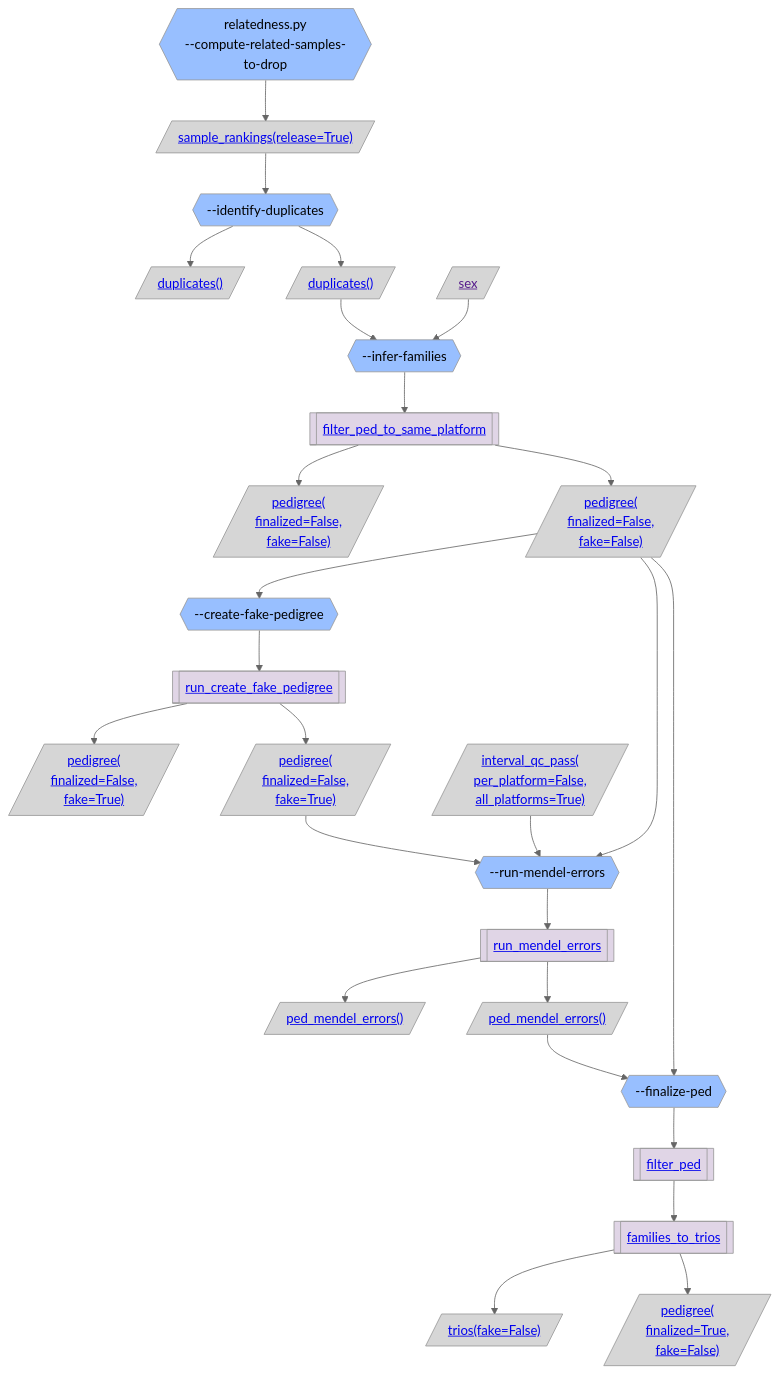
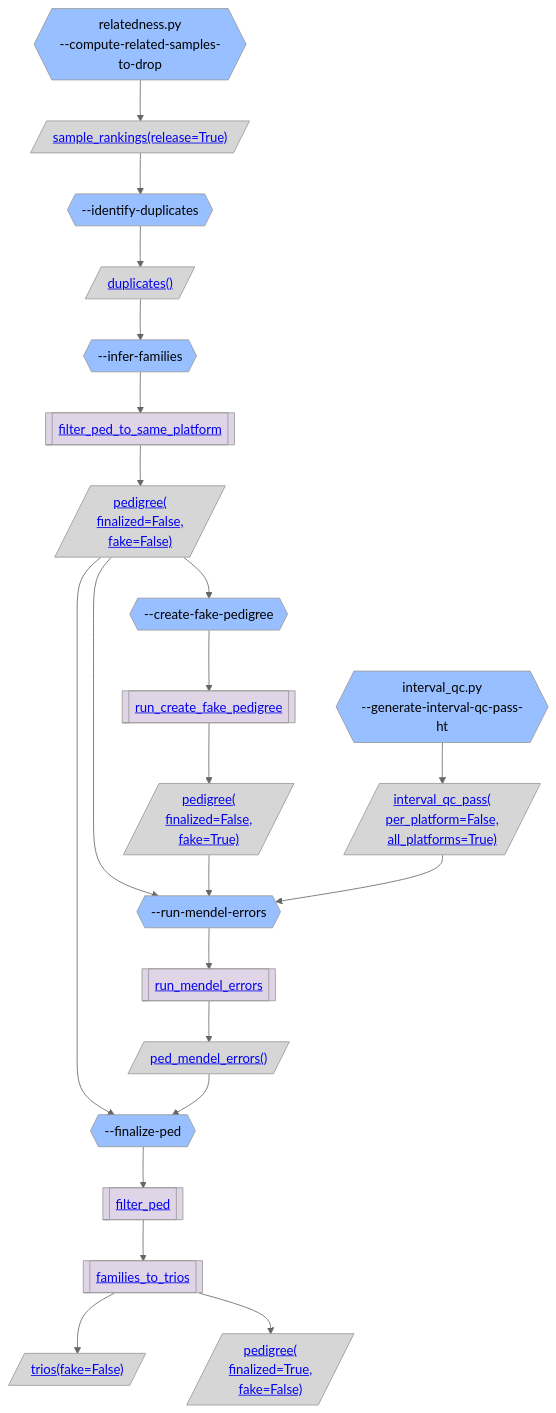
One commit to broadinstitute/gnomad_qc changed diagram 11 of 11 in gnomad_qc/v4/sample_qc/README.md. Above: the diagram before and after it, drawn with Mermaid (neutral theme). The commit also changed other lines of this file and 13 other files, not shown here.

Commit message:
Add Pipeline resources for all that are missing

````diff
--- a/gnomad_qc/v4/sample_qc/README.md
+++ b/gnomad_qc/v4/sample_qc/README.md
@@ -410,73 +853,62 @@
 ```mermaid
 flowchart TB;
   classDef script_color fill:#2C5D4A,color:#000000
   classDef step_color fill:#98BFFF,color:#000000
   classDef func_color fill:#E0D5E6,color:#000000
   classDef gnomad_methods_color fill:#F9F2CE,color:#000000
   classDef hail_color fill:#FAEACE,color:#000000
   classDef resource_color fill:#D6D6D6,color:#000000
   classDef validity_check_color fill:#2C5D4A,color:#000000
 
   step_compute_related_samples_to_drop{{"relatedness.py
 --compute-related-samples-to-drop"}}:::step_color;
-  resource_sample_rankings_release_True[/"<a href='https://github.com/broadinstitute/gnomad_qc/tree/main/gnomad_qc/v4/resources/sample_qc.py#L547'>sample_rankings(release=True)</a>"/]:::resource_color;
+  resource_sample_rankings_release_True[/"<a href='https://github.com/broadinstitute/gnomad_qc/tree/main/gnomad_qc/v4/resources/sample_qc.py#L636'>sample_rankings(release=True)</a>"/]:::resource_color;
   step_identify_duplicates{{"--identify-duplicates"}}:::step_color;
-  duplicates_[/"<a href='https://github.com/broadinstitute/gnomad_qc/tree/main/gnomad_qc/v4/resources/sample_qc.py#L895'>duplicates()</a>"/]:::resource_color;
-  resource_duplicates_[/"<a href='https://github.com/broadinstitute/gnomad_qc/tree/main/gnomad_qc/v4/resources/sample_qc.py#L895'>duplicates()</a>"/]:::resource_color;
+  resource_duplicates[/"<a href='https://github.com/broadinstitute/gnomad_qc/tree/main/gnomad_qc/v4/resources/sample_qc.py#L984'>duplicates()</a>"/]:::resource_color;
   step_infer_families{{"--infer-families"}}:::step_color;
   func_filter_ped_to_same_platform[["<a href='https://github.com/broadinstitute/gnomad_qc/tree/main/gnomad_qc/v4/sample_qc/identify_trios.py#L188'>filter_ped_to_same_platform</a>"]]:::func_color;
-  pedigree_finalized_False_fake_False[/"<a href='https://github.com/broadinstitute/gnomad_qc/tree/main/gnomad_qc/v4/resources/sample_qc.py#L913'>pedigree(
-finalized=False,
-fake=False)</a>"/]:::resource_color;
-  resource_sex[/"<a href=''>sex</a>"/]:::resource_color;
-  resource_pedigree_finalized_False_fake_False[/"<a href='https://github.com/broadinstitute/gnomad_qc/tree/main/gnomad_qc/v4/resources/sample_qc.py#L913'>pedigree(
+  resource_pedigree_finalized_False_fake_False[/"<a href='https://github.com/broadinstitute/gnomad_qc/tree/main/gnomad_qc/v4/resources/sample_qc.py#L1002'>pedigree(
 finalized=False,
 fake=False)</a>"/]:::resource_color;
   step_create_fake_pedigree{{"--create-fake-pedigree"}}:::step_color;
   func_run_create_fake_pedigree[["<a href='https://github.com/broadinstitute/gnomad_qc/tree/main/gnomad_qc/v4/sample_qc/identify_trios.py#L105'>run_create_fake_pedigree</a>"]]:::func_color;
-  pedigree_finalized_False_fake_True[/"<a href='https://github.com/broadinstitute/gnomad_qc/tree/main/gnomad_qc/v4/resources/sample_qc.py#L913'>pedigree(
+  resource_pedigree_finalized_False_fake_True[/"<a href='https://github.com/broadinstitute/gnomad_qc/tree/main/gnomad_qc/v4/resources/sample_qc.py#L1002'>pedigree(
 finalized=False,
 fake=True)</a>"/]:::resource_color;
   step_run_mendel_errors{{"--run-mendel-errors"}}:::step_color;
   func_run_mendel_errors[["<a href='https://github.com/broadinstitute/gnomad_qc/tree/main/gnomad_qc/v4/sample_qc/identify_trios.py#L140'>run_mendel_errors</a>"]]:::func_color;
-  ped_mendel_errors_[/"<a href='https://github.com/broadinstitute/gnomad_qc/tree/main/gnomad_qc/v4/resources/sample_qc.py#L966'>ped_mendel_errors()</a>"/]:::resource_color;
-  resource_pedigree_finalized_False_fake_True[/"<a href='https://github.com/broadinstitute/gnomad_qc/tree/main/gnomad_qc/v4/resources/sample_qc.py#L913'>pedigree(
-finalized=False,
-fake=True)</a>"/]:::resource_color;
-  resource_interval_qc_pass_per_platform_False_all_platforms_True[/"<a href='https://github.com/broadinstitute/gnomad_qc/tree/main/gnomad_qc/v4/resources/sample_qc.py#L306'>interval_qc_pass(
+  resource_ped_mendel_errors[/"<a href='https://github.com/broadinstitute/gnomad_qc/tree/main/gnomad_qc/v4/resources/sample_qc.py#L1055'>ped_mendel_errors()</a>"/]:::resource_color;
+  step_generate_interval_qc_pass_ht{{"interval_qc.py
+--generate-interval-qc-pass-ht"}}:::step_color;
+  resource_interval_qc_pass_per_platform_False_all_platforms_True[/"<a href='https://github.com/broadinstitute/gnomad_qc/tree/main/gnomad_qc/v4/resources/sample_qc.py#L395'>interval_qc_pass(
 per_platform=False,
 all_platforms=True)</a>"/]:::resource_color;
   step_finalize_ped{{"--finalize-ped"}}:::step_color;
   func_filter_ped[["<a href='https://github.com/broadinstitute/gnomad_qc/tree/main/gnomad_qc/v4/sample_qc/identify_trios.py#L218'>filter_ped</a>"]]:::func_color;
   func_families_to_trios[["<a href='https://github.com/broadinstitute/gnomad_qc/tree/main/gnomad_qc/v4/sample_qc/identify_trios.py#L46'>families_to_trios</a>"]]:::func_color;
-  trios_fake_False[/"<a href='https://github.com/broadinstitute/gnomad_qc/tree/main/gnomad_qc/v4/resources/sample_qc.py#L945'>trios(fake=False)</a>"/]:::resource_color;
-  pedigree_finalized_True_fake_False[/"<a href='https://github.com/broadinstitute/gnomad_qc/tree/main/gnomad_qc/v4/resources/sample_qc.py#L913'>pedigree(
+  resource_trios_fake_False[/"<a href='https://github.com/broadinstitute/gnomad_qc/tree/main/gnomad_qc/v4/resources/sample_qc.py#L1034'>trios(fake=False)</a>"/]:::resource_color;
+  resource_pedigree_finalized_True_fake_False[/"<a href='https://github.com/broadinstitute/gnomad_qc/tree/main/gnomad_qc/v4/resources/sample_qc.py#L1002'>pedigree(
 finalized=True,
 fake=False)</a>"/]:::resource_color;
-  resource_ped_mendel_errors_[/"<a href='https://github.com/broadinstitute/gnomad_qc/tree/main/gnomad_qc/v4/resources/sample_qc.py#L966'>ped_mendel_errors()</a>"/]:::resource_color;
   step_compute_related_samples_to_drop --> resource_sample_rankings_release_True;
   resource_sample_rankings_release_True --> step_identify_duplicates;
-  step_identify_duplicates --> duplicates_;
-  step_identify_duplicates --> resource_duplicates_;
-  resource_duplicates_ --> step_infer_families;
+  step_identify_duplicates --> resource_duplicates;
+  resource_duplicates --> step_infer_families;
   step_infer_families --> func_filter_ped_to_same_platform;
-  func_filter_ped_to_same_platform --> pedigree_finalized_False_fake_False;
-  resource_sex --> step_infer_families;
   func_filter_ped_to_same_platform --> resource_pedigree_finalized_False_fake_False;
   resource_pedigree_finalized_False_fake_False --> step_create_fake_pedigree;
   step_create_fake_pedigree --> func_run_create_fake_pedigree;
-  func_run_create_fake_pedigree --> pedigree_finalized_False_fake_True;
+  func_run_create_fake_pedigree --> resource_pedigree_finalized_False_fake_True;
   resource_pedigree_finalized_False_fake_False --> step_run_mendel_errors;
   step_run_mendel_errors --> func_run_mendel_errors;
-  func_run_mendel_errors --> ped_mendel_errors_;
-  func_run_create_fake_pedigree --> resource_pedigree_finalized_False_fake_True;
+  func_run_mendel_errors --> resource_ped_mendel_errors;
   resource_pedigree_finalized_False_fake_True --> step_run_mendel_errors;
+  step_generate_interval_qc_pass_ht --> resource_interval_qc_pass_per_platform_False_all_platforms_True;
   resource_interval_qc_pass_per_platform_False_all_platforms_True --> step_run_mendel_errors;
   resource_pedigree_finalized_False_fake_False --> step_finalize_ped;
   step_finalize_ped --> func_filter_ped;
   func_filter_ped --> func_families_to_trios;
-  func_families_to_trios --> trios_fake_False;
-  func_families_to_trios --> pedigree_finalized_True_fake_False;
-  func_run_mendel_errors --> resource_ped_mendel_errors_;
-  resource_ped_mendel_errors_ --> step_finalize_ped;
+  func_families_to_trios --> resource_trios_fake_False;
+  func_families_to_trios --> resource_pedigree_finalized_True_fake_False;
+  resource_ped_mendel_errors --> step_finalize_ped;
 ```
````
